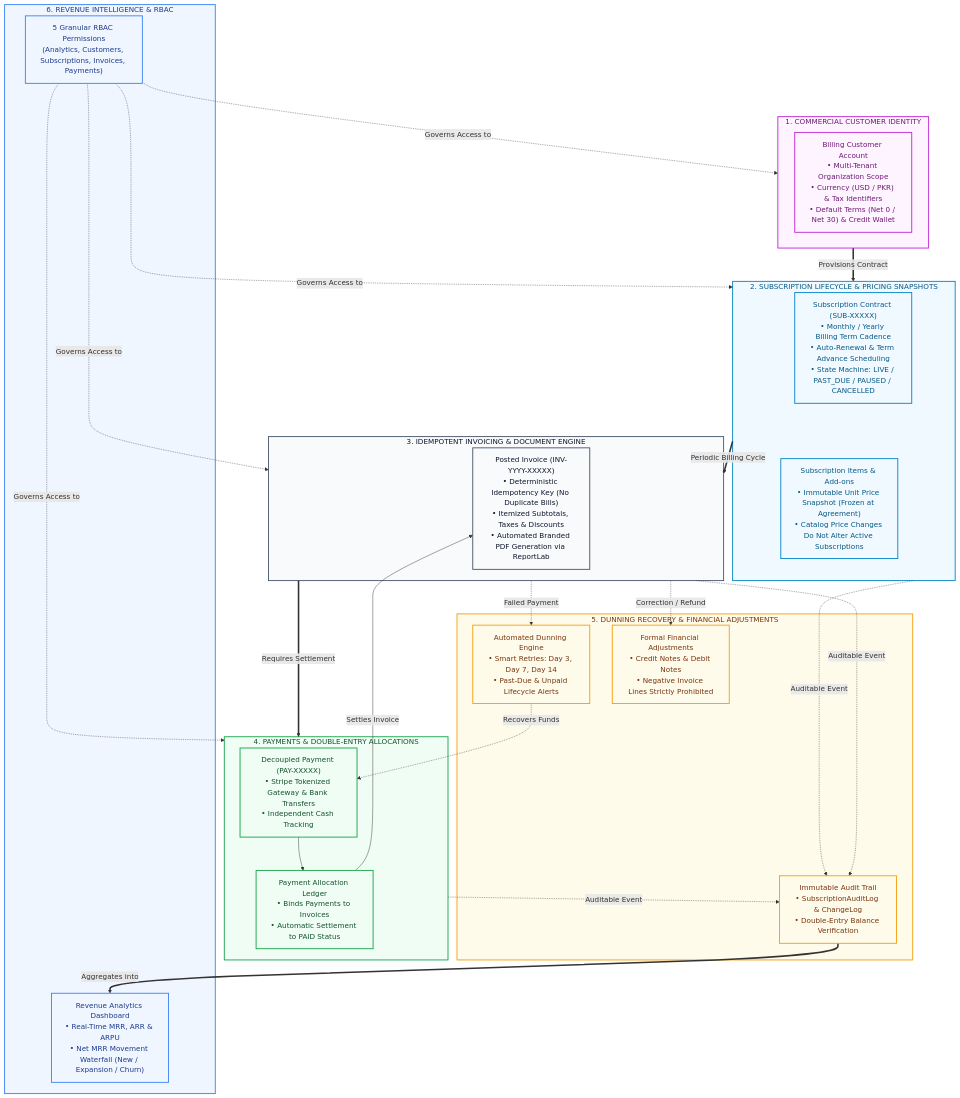
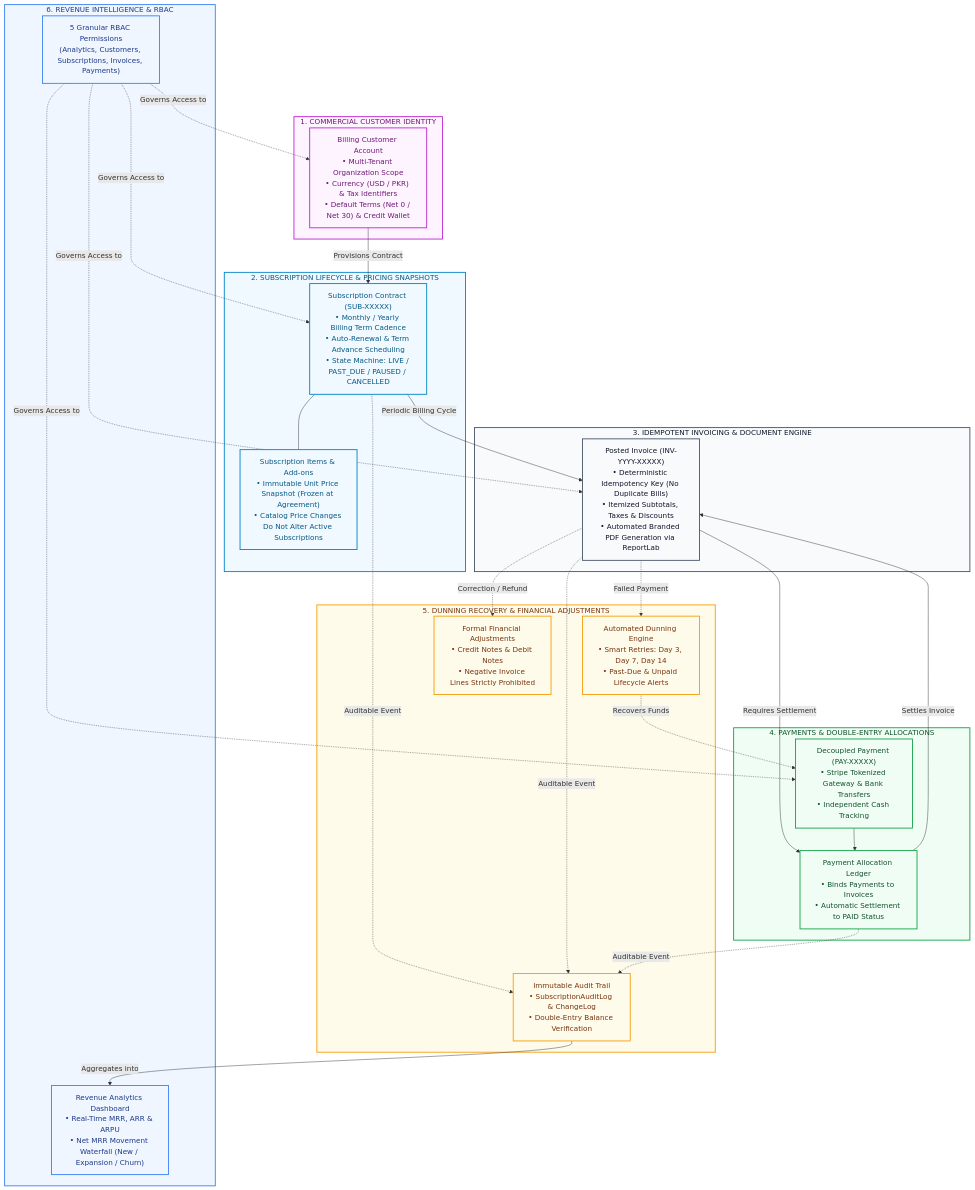
One commit to zaid-mian/crm changed the third of 3 diagrams in README.md. Above: the diagram before and after it, drawn with Mermaid. The commit also changed other lines of this file, not shown here.

Commit message:
fix(docs): ensure standard Mermaid arrow syntax (-->|label|) for GitHub rendering

````diff
--- a/README.md
+++ b/README.md
@@ -181,63 +181,63 @@
 ```mermaid
 flowchart TD
     subgraph CustomerLayer ["1. COMMERCIAL CUSTOMER IDENTITY"]
         BCUST["Billing Customer Account<br/>• Multi-Tenant Organization Scope<br/>• Currency (USD / PKR) & Tax Identifiers<br/>• Default Terms (Net 0 / Net 30) & Credit Wallet"]
     end
 
     subgraph SubscriptionLayer ["2. SUBSCRIPTION LIFECYCLE & PRICING SNAPSHOTS"]
         SUB["Subscription Contract (SUB-XXXXX)<br/>• Monthly / Yearly Billing Term Cadence<br/>• Auto-Renewal & Term Advance Scheduling<br/>• State Machine: LIVE / PAST_DUE / PAUSED / CANCELLED"]
         ITEMS["Subscription Items & Add-ons<br/>• Immutable Unit Price Snapshot (Frozen at Agreement)<br/>• Catalog Price Changes Do Not Alter Active Subscriptions"]
     end
 
     subgraph InvoicingLayer ["3. IDEMPOTENT INVOICING & DOCUMENT ENGINE"]
         INV["Posted Invoice (INV-YYYY-XXXXX)<br/>• Deterministic Idempotency Key (No Duplicate Bills)<br/>• Itemized Subtotals, Taxes & Discounts<br/>• Automated Branded PDF Generation via ReportLab"]
     end
 
     subgraph SettlementLayer ["4. PAYMENTS & DOUBLE-ENTRY ALLOCATIONS"]
         PAY["Decoupled Payment (PAY-XXXXX)<br/>• Stripe Tokenized Gateway & Bank Transfers<br/>• Independent Cash Tracking"]
         ALLOC["Payment Allocation Ledger<br/>• Binds Payments to Invoices<br/>• Automatic Settlement to PAID Status"]
     end
 
     subgraph RecoveryLayer ["5. DUNNING RECOVERY & FINANCIAL ADJUSTMENTS"]
         DUN["Automated Dunning Engine<br/>• Smart Retries: Day 3, Day 7, Day 14<br/>• Past-Due & Unpaid Lifecycle Alerts"]
         ADJ["Formal Financial Adjustments<br/>• Credit Notes & Debit Notes<br/>• Negative Invoice Lines Strictly Prohibited"]
         AUDIT["Immutable Audit Trail<br/>• SubscriptionAuditLog & ChangeLog<br/>• Double-Entry Balance Verification"]
     end
 
     subgraph AnalyticsLayer ["6. REVENUE INTELLIGENCE & RBAC"]
         MRR["Revenue Analytics Dashboard<br/>• Real-Time MRR, ARR & ARPU<br/>• Net MRR Movement Waterfall (New / Expansion / Churn)"]
         RBAC["5 Granular RBAC Permissions<br/>(Analytics, Customers, Subscriptions, Invoices, Payments)"]
     end
 
-    CustomerLayer ==>|Provisions Contract| SubscriptionLayer
-    SubscriptionLayer --- ITEMS
-    SubscriptionLayer ==>|Periodic Billing Cycle| InvoicingLayer
-    InvoicingLayer ==>|Requires Settlement| SettlementLayer
+    BCUST -->|Provisions Contract| SUB
+    SUB --- ITEMS
+    SUB -->|Periodic Billing Cycle| INV
+    INV -->|Requires Settlement| ALLOC
     PAY --> ALLOC
     ALLOC -->|Settles Invoice| INV
-    InvoicingLayer -.->|Failed Payment| DUN
+    INV -.->|Failed Payment| DUN
     DUN -.->|Recovers Funds| PAY
-    InvoicingLayer -.->|Correction / Refund| ADJ
-    SubscriptionLayer -.->|Auditable Event| AUDIT
-    InvoicingLayer -.->|Auditable Event| AUDIT
-    SettlementLayer -.->|Auditable Event| AUDIT
-    AUDIT ==>|Aggregates into| MRR
-    RBAC -.->|Governs Access to| CustomerLayer
-    RBAC -.->|Governs Access to| SubscriptionLayer
-    RBAC -.->|Governs Access to| InvoicingLayer
-    RBAC -.->|Governs Access to| SettlementLayer
+    INV -.->|Correction / Refund| ADJ
+    SUB -.->|Auditable Event| AUDIT
+    INV -.->|Auditable Event| AUDIT
+    ALLOC -.->|Auditable Event| AUDIT
+    AUDIT -->|Aggregates into| MRR
+    RBAC -.->|Governs Access to| BCUST
+    RBAC -.->|Governs Access to| SUB
+    RBAC -.->|Governs Access to| INV
+    RBAC -.->|Governs Access to| PAY
 
     classDef custStyle fill:#fdf4ff,stroke:#c026d3,stroke-width:2px,color:#701a75;
     classDef subStyle fill:#f0f9ff,stroke:#0284c7,stroke-width:2px,color:#075985;
     classDef invStyle fill:#f8fafc,stroke:#475569,stroke-width:2px,color:#0f172a;
     classDef payStyle fill:#f0fdf4,stroke:#16a34a,stroke-width:2px,color:#14532d;
     classDef recStyle fill:#fffbeb,stroke:#f59e0b,stroke-width:2px,color:#78350f;
     classDef revStyle fill:#eff6ff,stroke:#3b82f6,stroke-width:2px,color:#1e3a8a;
 
     class CustomerLayer,BCUST custStyle;
     class SubscriptionLayer,SUB,ITEMS subStyle;
     class InvoicingLayer,INV invStyle;
     class SettlementLayer,PAY,ALLOC payStyle;
     class RecoveryLayer,DUN,ADJ,AUDIT recStyle;
     class AnalyticsLayer,MRR,RBAC revStyle;
 ```
````
